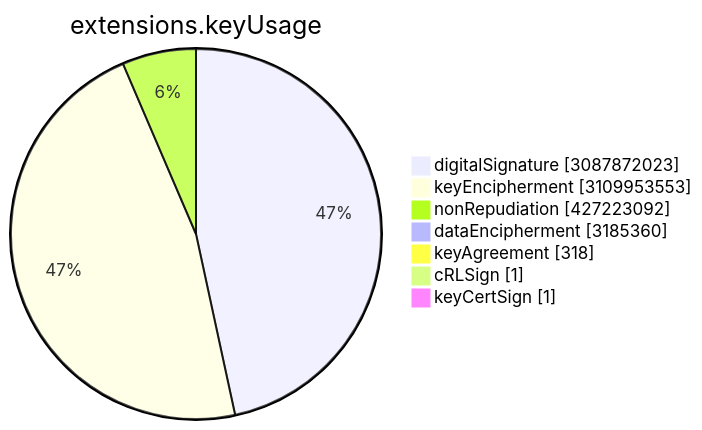
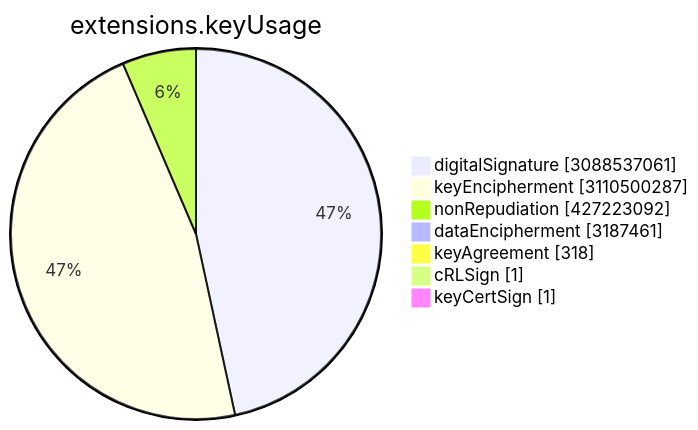
Before and after one commit to christiankrug/ctmonitor_visualization: the sixth of 15 diagrams in TOTAL/README.md, drawn with Mermaid. The commit also changed other lines of this file, not shown here.

````diff
--- a/TOTAL/README.md
+++ b/TOTAL/README.md
@@ -3075,11 +3075,11 @@
 ```mermaid
 pie showData
 title extensions.keyUsage
-"digitalSignature" :3087872023
-"keyEncipherment" :3109953553
+"digitalSignature" :3088537061
+"keyEncipherment" :3110500287
 "nonRepudiation" :427223092
-"dataEncipherment" :3185360
+"dataEncipherment" :3187461
 "keyAgreement" :318
 "cRLSign" :1
 "keyCertSign" :1
 ```
````
